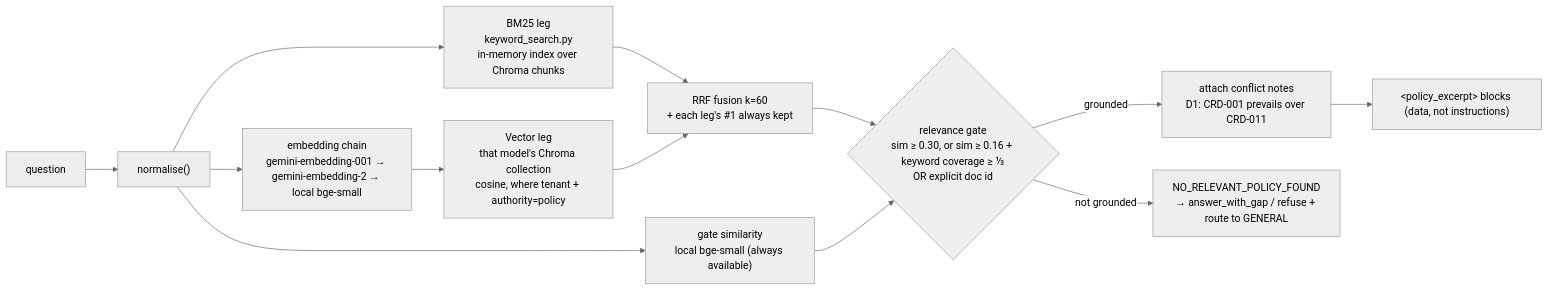
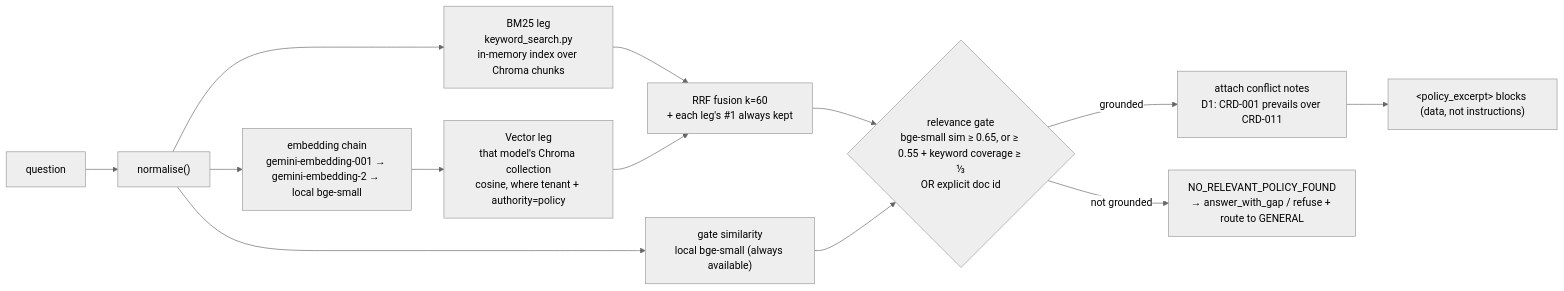
The fifth of 10 diagrams in docs/ARCHITECTURE.md (annu8932091318/Grounded-Card-RAG), drawn with Mermaid (neutral theme) before and after one commit. The commit also changed other lines of this file and 8 other files, not shown here.

Commit message:
scope gaurdrails addedand lld added to architecture

````diff
--- a/docs/ARCHITECTURE.md
+++ b/docs/ARCHITECTURE.md
@@ -134,14 +134,14 @@
 ```mermaid
 flowchart LR
     q["question"] --> n["normalise()"]
     n --> bm["BM25 leg<br/>keyword_search.py<br/>in-memory index over Chroma chunks"]
     n --> ch["embedding chain<br/>gemini-embedding-001 → gemini-embedding-2 → local bge-small"]
     ch --> ve["Vector leg<br/>that model's Chroma collection<br/>cosine, where tenant + authority=policy"]
     bm --> f["RRF fusion k=60<br/>+ each leg's #1 always kept"]
     ve --> f
     n --> gm["gate similarity<br/>local bge-small (always available)"]
-    f --> gate{"relevance gate<br/>sim ≥ 0.30, or sim ≥ 0.16 + keyword coverage ≥ ⅓<br/>OR explicit doc id"}
+    f --> gate{"relevance gate<br/>bge-small sim ≥ 0.65, or ≥ 0.55 + keyword coverage ≥ ⅓<br/>OR explicit doc id"}
     gm --> gate
     gate -->|grounded| conf["attach conflict notes<br/>D1: CRD-001 prevails over CRD-011"] --> out["&lt;policy_excerpt&gt; blocks (data, not instructions)"]
     gate -->|not grounded| miss["NO_RELEVANT_POLICY_FOUND<br/>→ answer_with_gap / refuse + route to GENERAL"]
 ```
````
